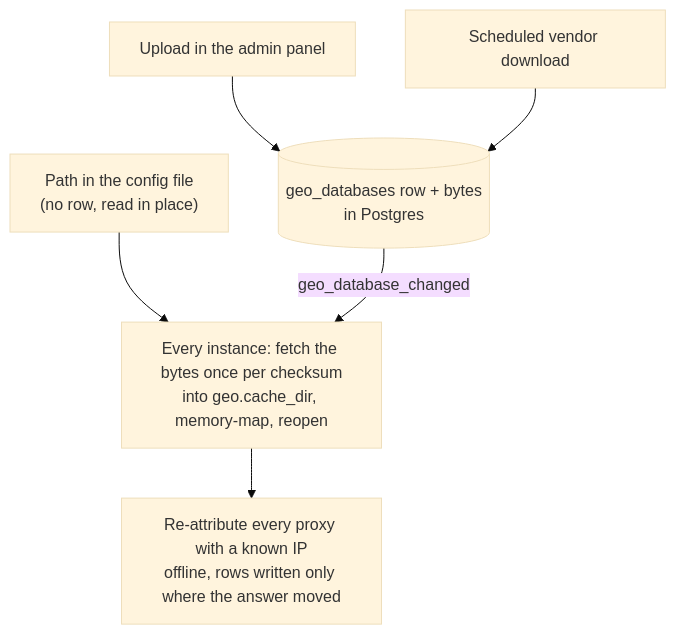
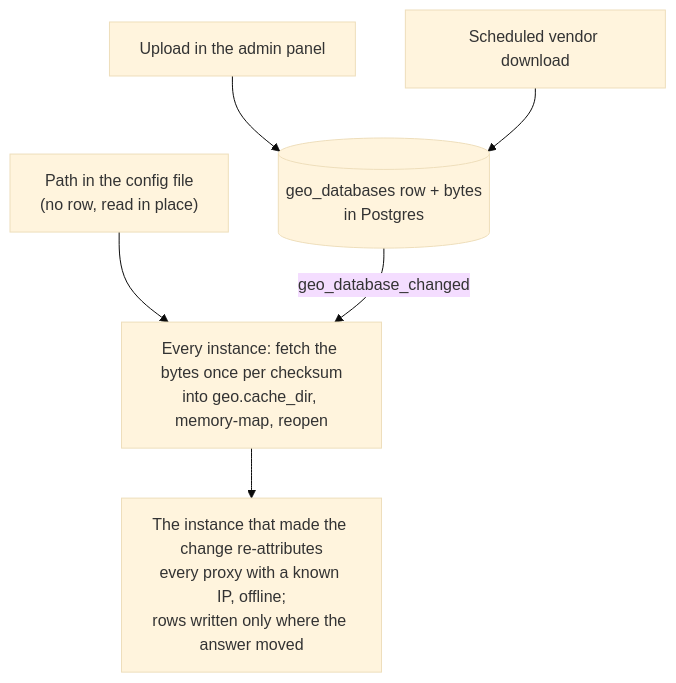
The fourth of 4 diagrams in docs/ip-attribution.md (octoprox/octoprox), drawn with Mermaid (base theme) before and after one commit. The commit also changed other lines of this file, not shown here.

Commit message:
Update IP attribution diagrams.

````diff
--- a/docs/ip-attribution.md
+++ b/docs/ip-attribution.md
@@ -85,8 +87,8 @@
 ```mermaid
 flowchart TD
     upload["Upload in the admin panel"] --> row
     download["Scheduled vendor download"] --> row
     path["Path in the config file<br/>(no row, read in place)"] --> reopen
     row[("geo_databases row + bytes<br/>in Postgres")] -->|geo_database_changed| reopen
-    reopen["Every instance: fetch the bytes once per checksum<br/>into geo.cache_dir, memory-map, reopen"] --> reattr["Re-attribute every proxy with a known IP<br/>offline, rows written only where the answer moved"]
+    reopen["Every instance: fetch the bytes once per checksum<br/>into geo.cache_dir, memory-map, reopen"] --> reattr["The instance that made the change re-attributes<br/>every proxy with a known IP, offline;<br/>rows written only where the answer moved"]
 ```
````
